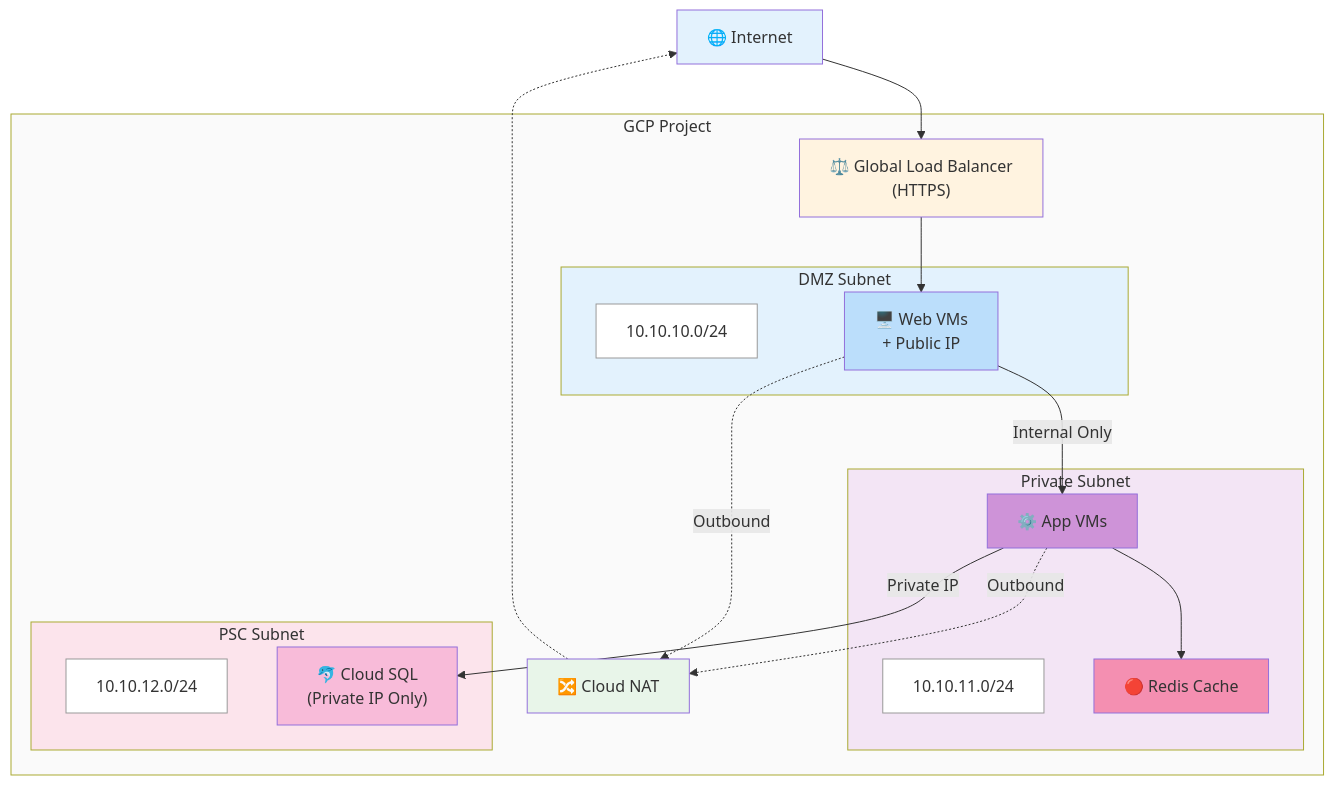
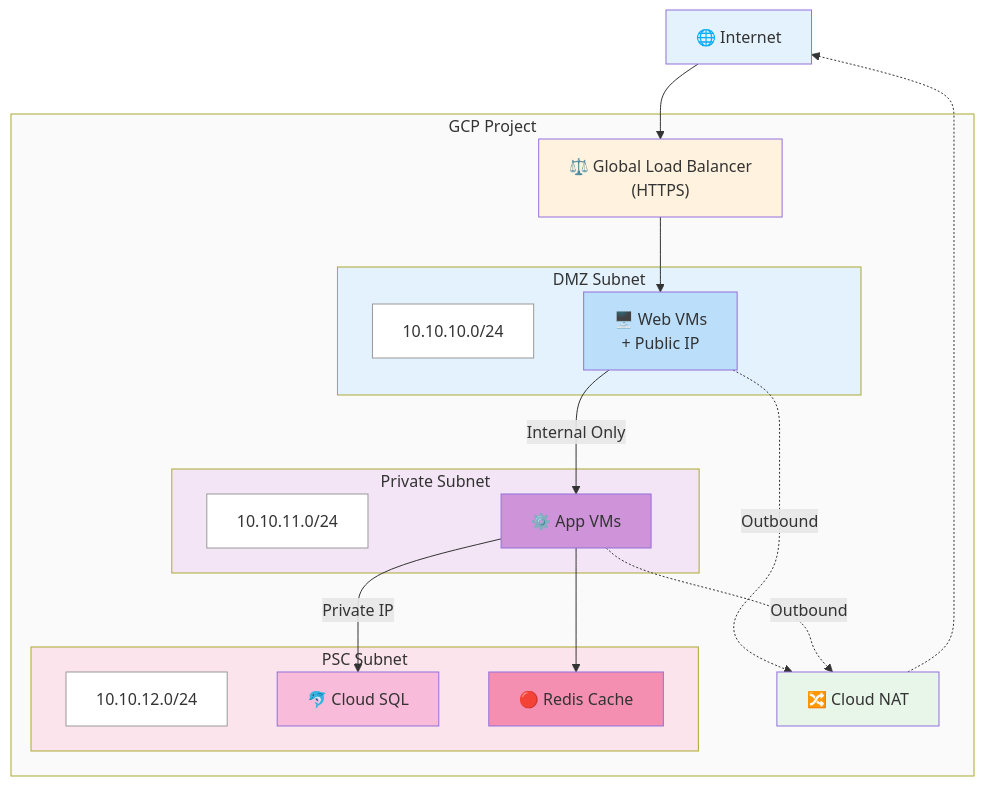
The second of 2 diagrams in terraform_gcp_infra/README.md (JSJ2337/GCP_terraform_code), drawn with Mermaid before and after one commit.

Commit message:
docs: Redis를 PSC Subnet으로 이동 (실제 구성 반영)
Redis PSC IP가 10.10.12.x (PSC 서브넷)에 있으므로
다이어그램에서 Private → PSC Subnet으로 이동

psc_endpoints:
- cloudsql: 10.10.12.51
- redis: 10.10.12.3, 10.10.12.2

````diff
--- a/terraform_gcp_infra/README.md
+++ b/terraform_gcp_infra/README.md
@@ -182,50 +182,50 @@
 ```mermaid
 flowchart TB
     INET["🌐 Internet"]
 
     subgraph GCP["GCP Project"]
         LB["⚖️ Global Load Balancer<br/>(HTTPS)"]
         NAT["🔀 Cloud NAT"]
 
         subgraph DMZ["DMZ Subnet"]
             DMZ_CIDR["10.10.10.0/24"]
             WEB["🖥️ Web VMs<br/>+ Public IP"]
         end
 
         subgraph Private["Private Subnet"]
             PRIV_CIDR["10.10.11.0/24"]
             APP["⚙️ App VMs"]
-            REDIS["🔴 Redis Cache"]
         end
 
         subgraph PSC["PSC Subnet"]
             PSC_CIDR["10.10.12.0/24"]
-            SQL["🐬 Cloud SQL<br/>(Private IP Only)"]
+            SQL["🐬 Cloud SQL"]
+            REDIS["🔴 Redis Cache"]
         end
     end
 
     INET --> LB
     LB --> WEB
     WEB -.->|Outbound| NAT
     APP -.->|Outbound| NAT
     NAT -.-> INET
 
     WEB -->|Internal Only| APP
     APP --> REDIS
     APP -->|Private IP| SQL
 
     style INET fill:#e3f2fd,color:#333
     style LB fill:#fff3e0,color:#333
     style NAT fill:#e8f5e9,color:#333
     style DMZ fill:#e3f2fd,color:#333
     style Private fill:#f3e5f5,color:#333
     style PSC fill:#fce4ec,color:#333
     style GCP fill:#fafafa,color:#333
     style WEB fill:#bbdefb,color:#333
     style APP fill:#ce93d8,color:#333
     style REDIS fill:#f48fb1,color:#333
     style SQL fill:#f8bbd9,color:#333
     style DMZ_CIDR fill:#fff,color:#333,stroke:#999
     style PRIV_CIDR fill:#fff,color:#333,stroke:#999
     style PSC_CIDR fill:#fff,color:#333,stroke:#999
 ```
````
